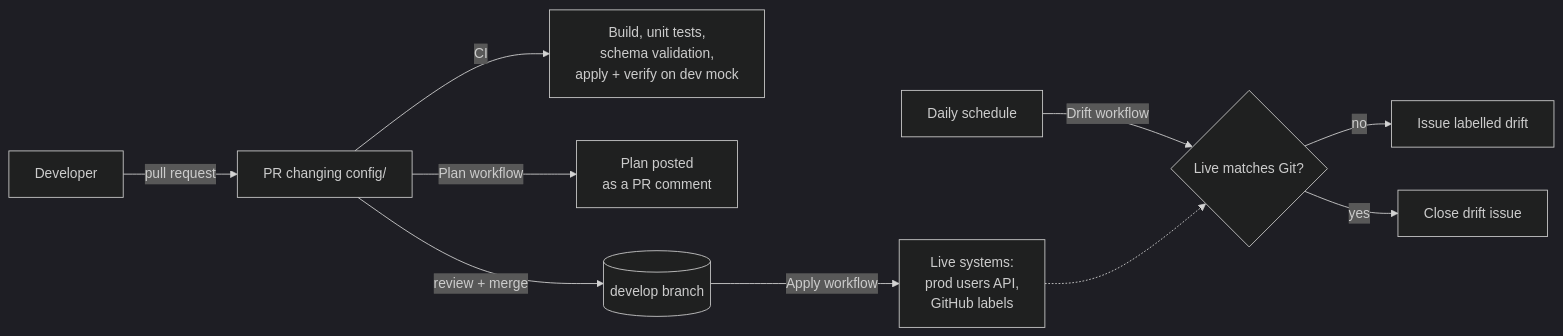
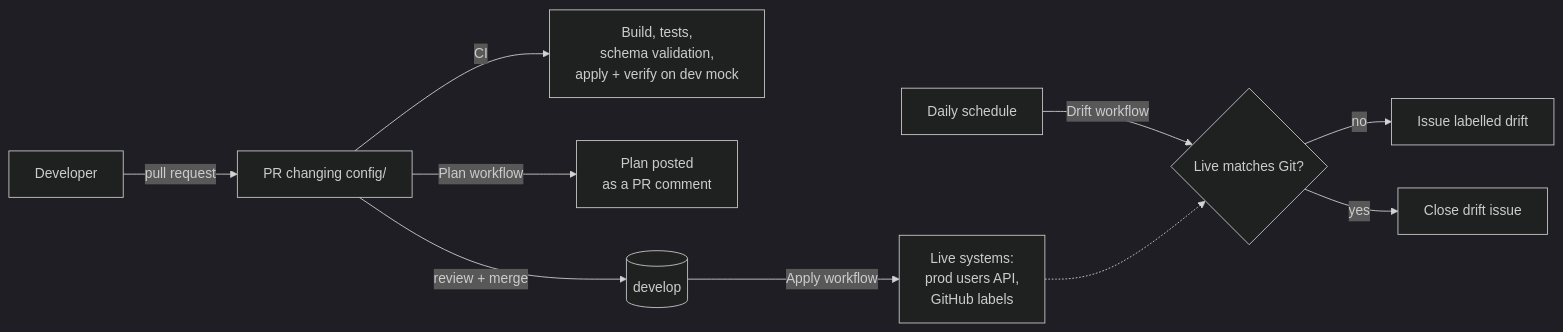
Before and after one commit to emmanuelalozie/gitops: the diagram in README.md, drawn with Mermaid (dark theme). The commit also changed other lines of this file and 4 other files, not shown here.

````diff
--- a/README.md
+++ b/README.md
@@ -17,12 +106,12 @@
 ```mermaid
 flowchart LR
     dev[Developer] -- pull request --> pr[PR changing config/]
-    pr -- CI --> checks[Build, unit tests,<br>schema validation,<br>apply + verify on dev mock]
+    pr -- CI --> checks[Build, tests,<br>schema validation,<br>apply + verify on dev mock]
     pr -- Plan workflow --> comment[Plan posted<br>as a PR comment]
-    pr -- review + merge --> main[(develop branch)]
+    pr -- review + merge --> main[(develop)]
     main -- Apply workflow --> live[Live systems:<br>prod users API,<br>GitHub labels]
     cron[Daily schedule] -- Drift workflow --> check{Live matches Git?}
     live -.-> check
     check -- no --> issue[Issue labelled drift]
     check -- yes --> close[Close drift issue]
 ```
````
